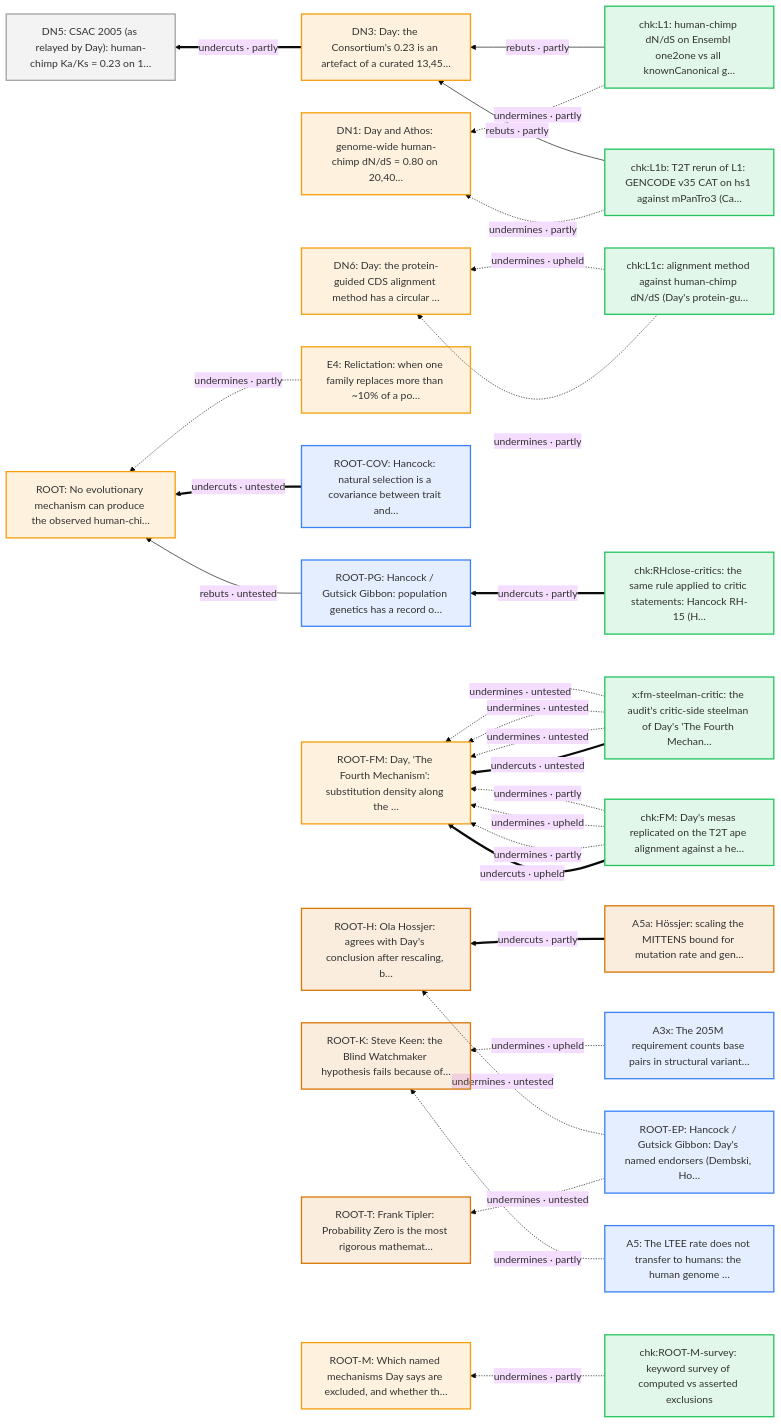
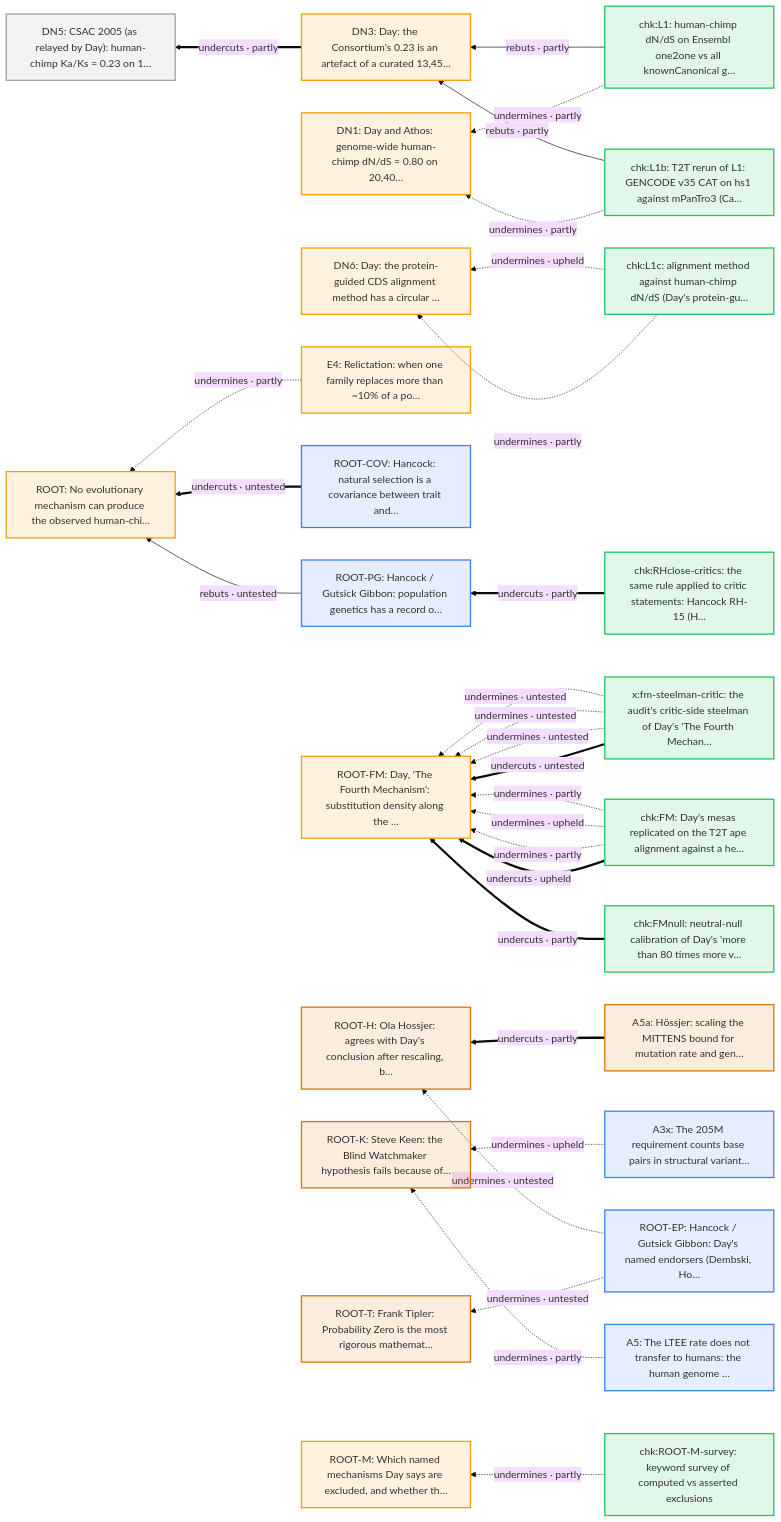
Before and after one commit to nickallevato/evo-sim: diagram 17 of 23 in docs/arguments/defeaters.md, drawn with Mermaid (base theme). The commit also changed other lines of this file and 12 other files, not shown here.

First line of the commit message:
Integrate FMnull: reviews #76-#79, results, queue, claims FM3 FM10 ROOT-FM (no verdict value change), argmap d462-d466, counts

````diff
--- a/docs/arguments/defeaters.md
+++ b/docs/arguments/defeaters.md
@@ -889,57 +889,59 @@
 ```mermaid
 flowchart RL
   classDef day fill:#f59e0b22,stroke:#f59e0b,stroke-width:2px
   classDef ally fill:#d9770622,stroke:#d97706,stroke-width:2px
   classDef critic fill:#3b82f622,stroke:#3b82f6,stroke-width:2px
   classDef literature fill:#a3a3a322,stroke:#a3a3a3,stroke-width:2px
   classDef audit fill:#22c55e22,stroke:#22c55e,stroke-width:2px
   A3x["A3x: The 205M requirement counts base pairs in structural variant…"]:::critic
   A5["A5: The LTEE rate does not transfer to humans: the human genome …"]:::critic
   A5a["A5a: Hössjer: scaling the MITTENS bound for mutation rate and gen…"]:::ally
   DN1["DN1: Day and Athos: genome-wide human-chimp dN/dS = 0.80 on 20,40…"]:::day
   DN3["DN3: Day: the Consortium's 0.23 is an artefact of a curated 13,45…"]:::day
   DN5["DN5: CSAC 2005 (as relayed by Day): human-chimp Ka/Ks = 0.23 on 1…"]:::literature
   DN6["DN6: Day: the protein-guided CDS alignment method has a circular …"]:::day
   E4["E4: Relictation: when one family replaces more than ~10% of a po…"]:::day
   ROOT["ROOT: No evolutionary mechanism can produce the observed human-chi…"]:::day
   ROOT_COV["ROOT-COV: Hancock: natural selection is a covariance between trait and…"]:::critic
   ROOT_EP["ROOT-EP: Hancock / Gutsick Gibbon: Day's named endorsers (Dembski, Ho…"]:::critic
   ROOT_FM["ROOT-FM: Day, 'The Fourth Mechanism': substitution density along the …"]:::day
   ROOT_H["ROOT-H: Ola Hossjer: agrees with Day's conclusion after rescaling, b…"]:::ally
   ROOT_K["ROOT-K: Steve Keen: the Blind Watchmaker hypothesis fails because of…"]:::ally
   ROOT_M["ROOT-M: Which named mechanisms Day says are excluded, and whether th…"]:::day
   ROOT_PG["ROOT-PG: Hancock / Gutsick Gibbon: population genetics has a record o…"]:::critic
   ROOT_T["ROOT-T: Frank Tipler: Probability Zero is the most rigorous mathemat…"]:::ally
   chk_FM["chk:FM: Day's mesas replicated on the T2T ape alignment against a he…"]:::audit
+  chk_FMnull["chk:FMnull: neutral-null calibration of Day's 'more than 80 times more v…"]:::audit
   chk_L1["chk:L1: human-chimp dN/dS on Ensembl one2one vs all knownCanonical g…"]:::audit
   chk_L1b["chk:L1b: T2T rerun of L1: GENCODE v35 CAT on hs1 against mPanTro3 (Ca…"]:::audit
   chk_L1c["chk:L1c: alignment method against human-chimp dN/dS (Day's protein-gu…"]:::audit
   chk_RHclose_critics["chk:RHclose-critics: the same rule applied to critic statements: Hancock RH-15 (H…"]:::audit
   chk_ROOT_M_survey["chk:ROOT-M-survey: keyword survey of computed vs asserted exclusions"]:::audit
   x_fm_steelman_critic["x:fm-steelman-critic: the audit's critic-side steelman of Day's 'The Fourth Mechan…"]:::audit
   E4 -.->|"undermines · partly"| ROOT
   ROOT_PG -->|"rebuts · untested"| ROOT
   ROOT_COV ==>|"undercuts · untested"| ROOT
   chk_L1 -->|"rebuts · partly"| DN3
   chk_L1b -->|"rebuts · partly"| DN3
   DN3 ==>|"undercuts · partly"| DN5
   chk_L1c -.->|"undermines · upheld"| DN6
   chk_L1c -.->|"undermines · partly"| DN6
   x_fm_steelman_critic -.->|"undermines · untested"| ROOT_FM
   x_fm_steelman_critic -.->|"undermines · untested"| ROOT_FM
   x_fm_steelman_critic -.->|"undermines · untested"| ROOT_FM
   x_fm_steelman_critic ==>|"undercuts · untested"| ROOT_FM
   chk_FM -.->|"undermines · partly"| ROOT_FM
   chk_FM -.->|"undermines · upheld"| ROOT_FM
   chk_FM -.->|"undermines · partly"| ROOT_FM
   chk_FM ==>|"undercuts · upheld"| ROOT_FM
+  chk_FMnull ==>|"undercuts · partly"| ROOT_FM
   ROOT_EP -.->|"undermines · untested"| ROOT_H
   A5a ==>|"undercuts · partly"| ROOT_H
   A3x -.->|"undermines · upheld"| ROOT_K
   A5 -.->|"undermines · partly"| ROOT_K
   chk_ROOT_M_survey -.->|"undermines · partly"| ROOT_M
   chk_RHclose_critics ==>|"undercuts · partly"| ROOT_PG
   ROOT_EP -.->|"undermines · untested"| ROOT_T
   chk_L1 -.->|"undermines · partly"| DN1
   chk_L1b -.->|"undermines · partly"| DN1
 ```
````
